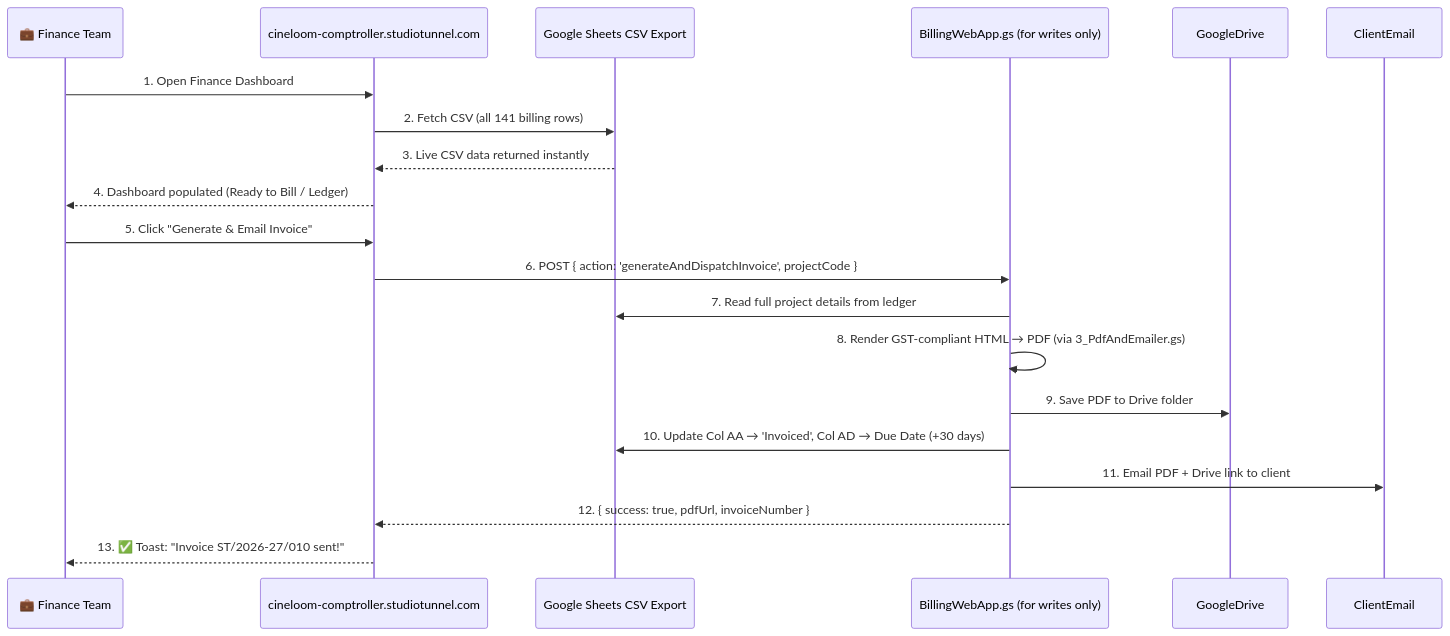
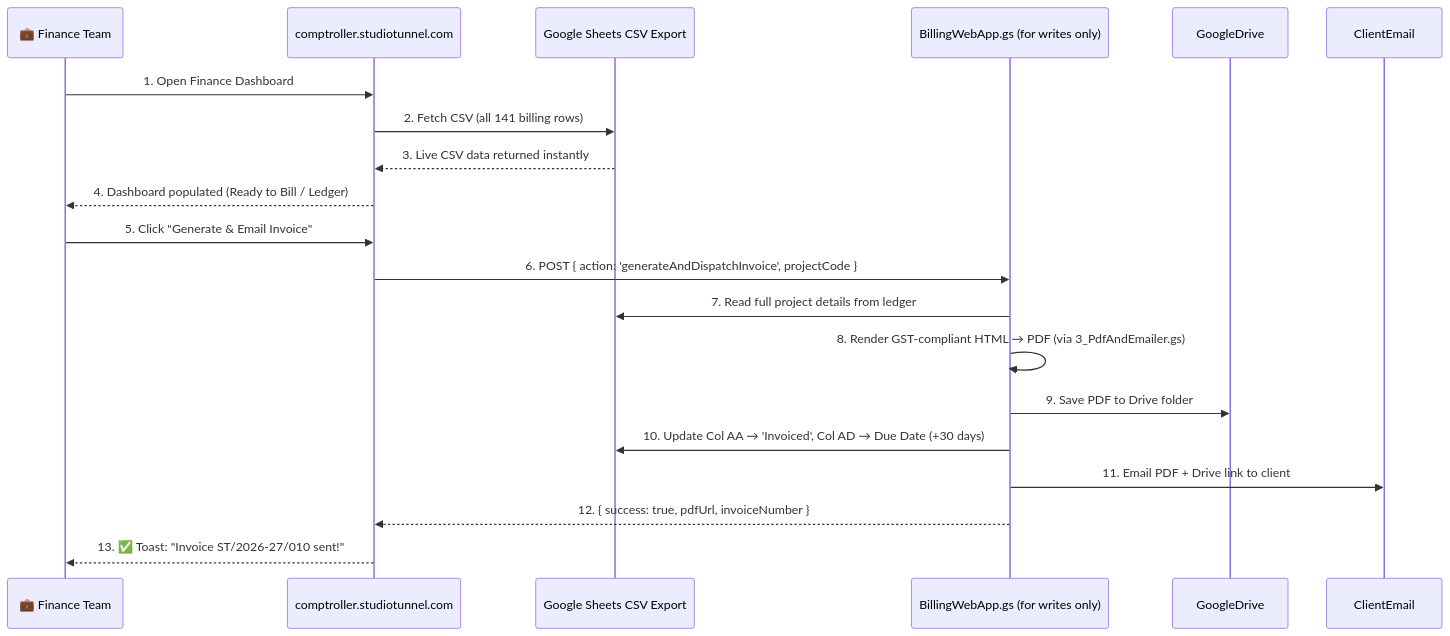
One commit to samiransonowal/sync-st changed the third of 5 diagrams in documentation/SYSTEM_ARCHITECTURE_AND_OPERATIONS_MANUAL.md. Above: the diagram before and after it, drawn with Mermaid. The commit also changed other lines of this file and 2 other files, not shown here.

Commit message:
docs: update finance app domain to comptroller.studiotunnel.com everywhere

````diff
--- a/documentation/SYSTEM_ARCHITECTURE_AND_OPERATIONS_MANUAL.md
+++ b/documentation/SYSTEM_ARCHITECTURE_AND_OPERATIONS_MANUAL.md
@@ -207,22 +207,22 @@
 ```mermaid
 sequenceDiagram
     participant User as 💼 Finance Team
-    participant FinApp as cineloom-comptroller.studiotunnel.com
+    participant FinApp as comptroller.studiotunnel.com
     participant Sheet as Google Sheets CSV Export
     participant GAS as BillingWebApp.gs (for writes only)
 
     User->>FinApp: 1. Open Finance Dashboard
     FinApp->>Sheet: 2. Fetch CSV (all 141 billing rows)
     Sheet-->>FinApp: 3. Live CSV data returned instantly
     FinApp-->>User: 4. Dashboard populated (Ready to Bill / Ledger)
     
     User->>FinApp: 5. Click "Generate & Email Invoice"
     FinApp->>GAS: 6. POST { action: 'generateAndDispatchInvoice', projectCode }
     GAS->>Sheet: 7. Read full project details from ledger
     GAS->>GAS: 8. Render GST-compliant HTML → PDF (via 3_PdfAndEmailer.gs)
     GAS->>GoogleDrive: 9. Save PDF to Drive folder
     GAS->>Sheet: 10. Update Col AA → 'Invoiced', Col AD → Due Date (+30 days)
     GAS->>ClientEmail: 11. Email PDF + Drive link to client
     GAS-->>FinApp: 12. { success: true, pdfUrl, invoiceNumber }
     FinApp-->>User: 13. ✅ Toast: "Invoice ST/2026-27/010 sent!"
 ```
````
